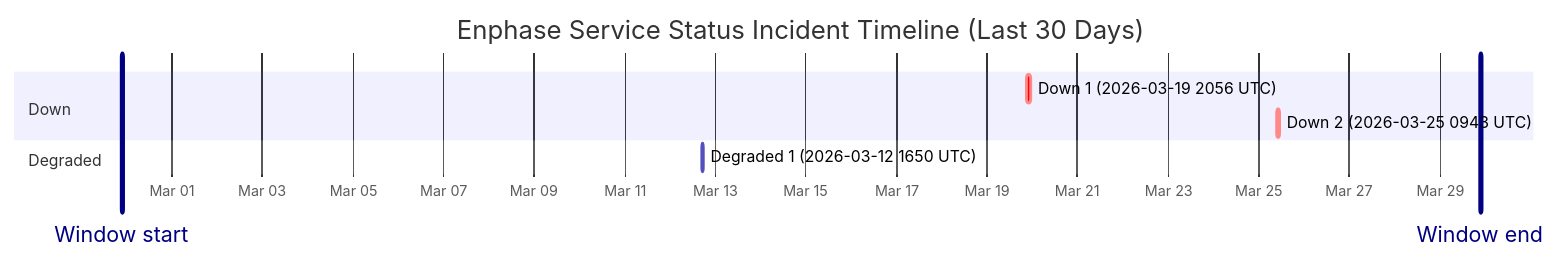
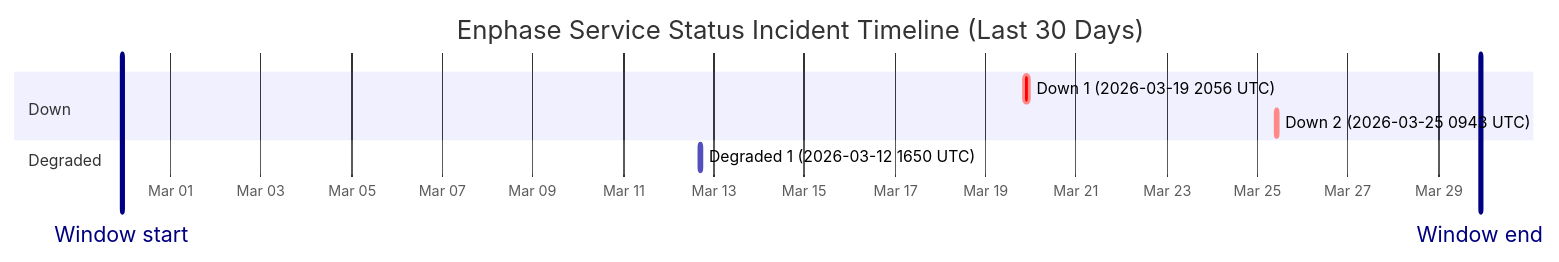
One commit to barneyonline/ha-enphase-ev-charger changed the diagram in wiki/Service-Status-History.md. Above: the diagram before and after it, drawn with Mermaid. The commit also changed other lines of this file and 3 other files, not shown here.

````diff
--- a/wiki/Service-Status-History.md
+++ b/wiki/Service-Status-History.md
@@ -14,13 +14,13 @@
 ```mermaid
 gantt
     title Enphase Service Status Incident Timeline (Last 30 Days)
     dateFormat  YYYY-MM-DDTHH:mm:ss
     axisFormat  %b %d
-    Window start :vert, window-start, 2026-02-27T21:23:11, 0ms
-    Window end :vert, window-end, 2026-03-29T21:23:11, 0ms
+    Window start :vert, window-start, 2026-02-27T22:20:58, 0ms
+    Window end :vert, window-end, 2026-03-29T22:20:58, 0ms
     section Down
     Down 1 (2026-03-19 2056 UTC) :crit, down-1, 2026-03-19T20:56:20, 145m
     Down 2 (2026-03-25 0943 UTC) :crit, down-2, 2026-03-25T09:43:28, 111m
     section Degraded
     Degraded 1 (2026-03-12 1650 UTC) :active, degraded-1, 2026-03-12T16:50:43, 60m
 ```
````
